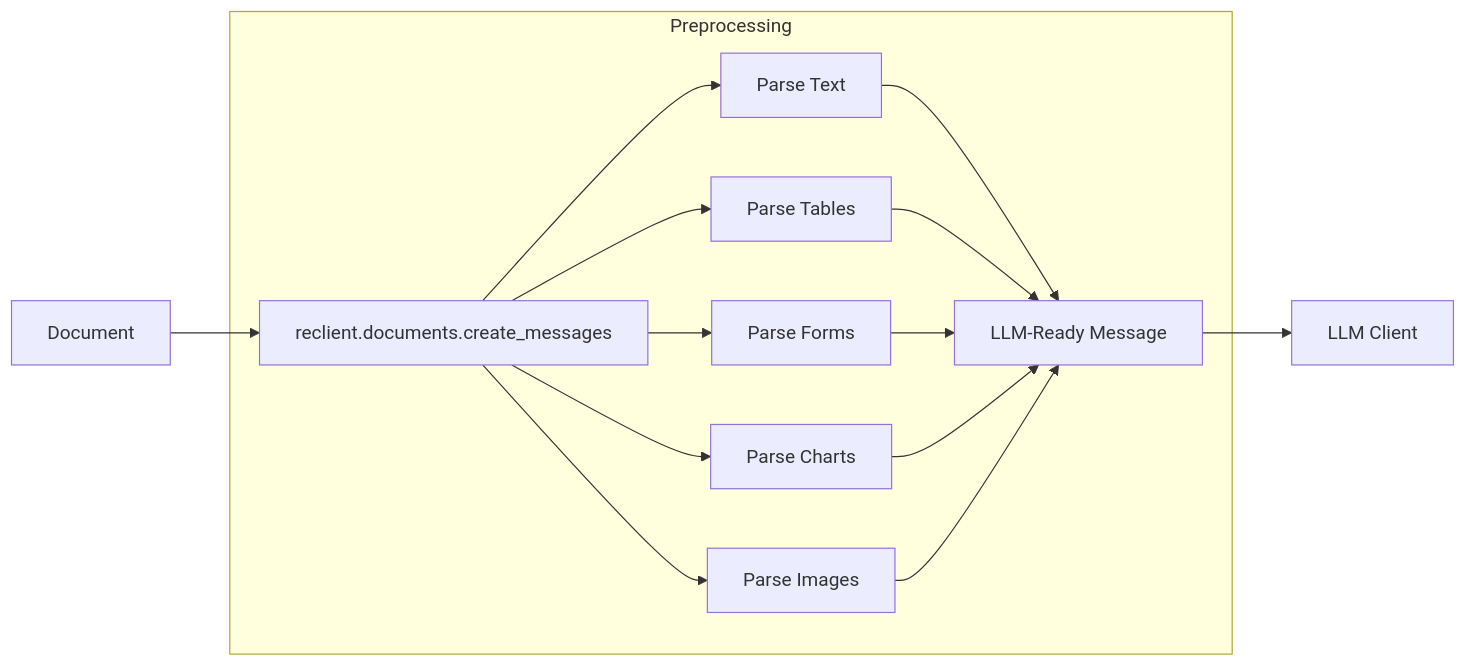
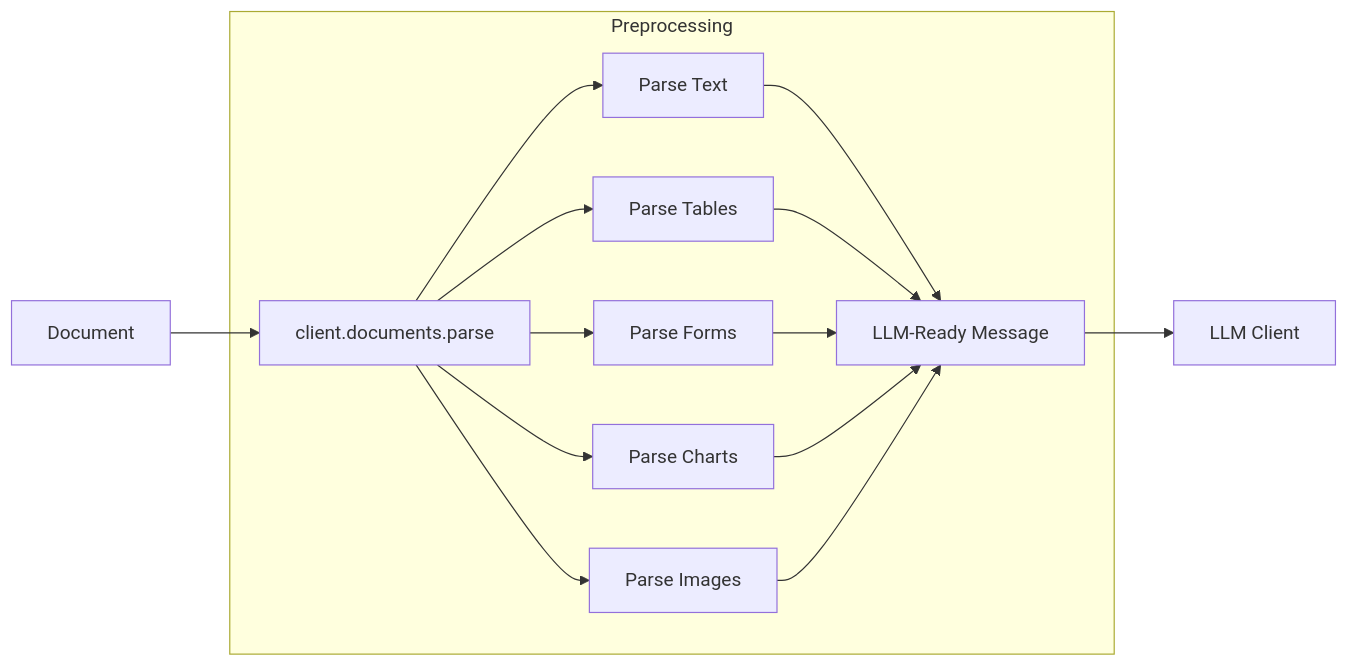
Before and after one commit to retab-dev/docs: the diagram in core-concepts/Documents.mdx, drawn with Mermaid. The commit also changed other lines of this file and 4 other files, not shown here.

````diff
--- a/core-concepts/Documents.mdx
+++ b/core-concepts/Documents.mdx
@@ -15,13 +15,13 @@
 ```mermaid
 flowchart LR
-    A[Document] --> B[reclient.documents.create_messages]
+    A[Document] --> B[client.documents.parse]
     C[LLM-Ready Message] --> D[LLM Client]
     
     subgraph Preprocessing
     B --> B0[Parse Text] --> C
     B --> B1[Parse Tables] --> C
     B --> B2[Parse Forms] --> C
     B --> B3[Parse Charts] --> C
     B --> B4[Parse Images] --> C
     end
 ```
````
